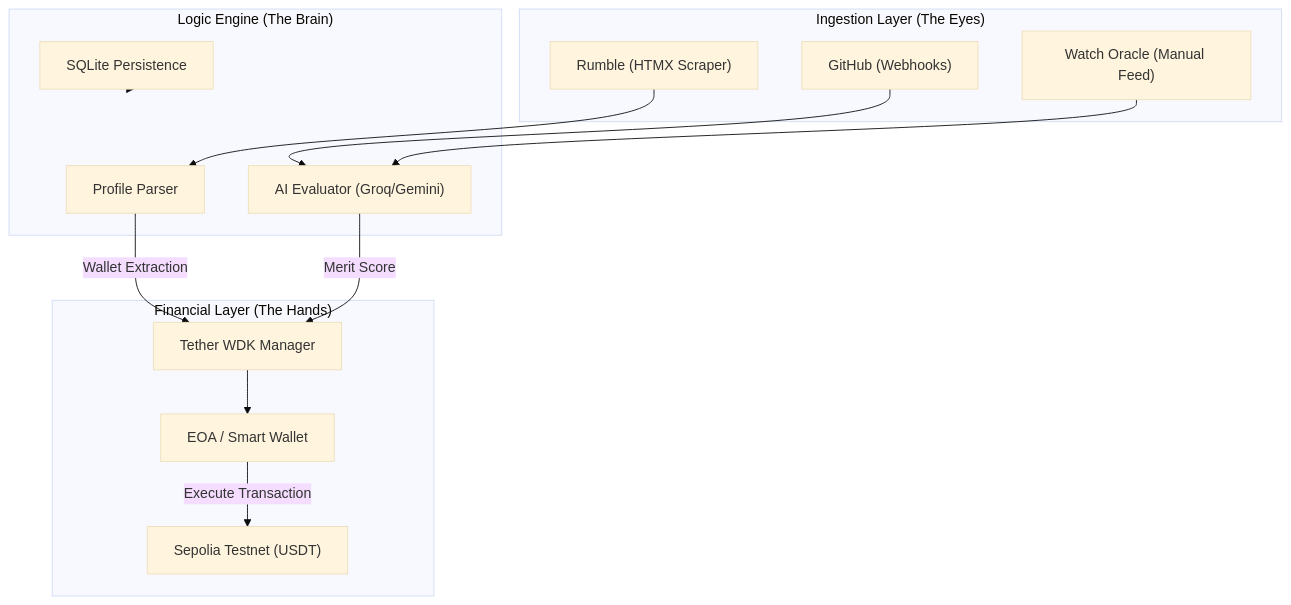
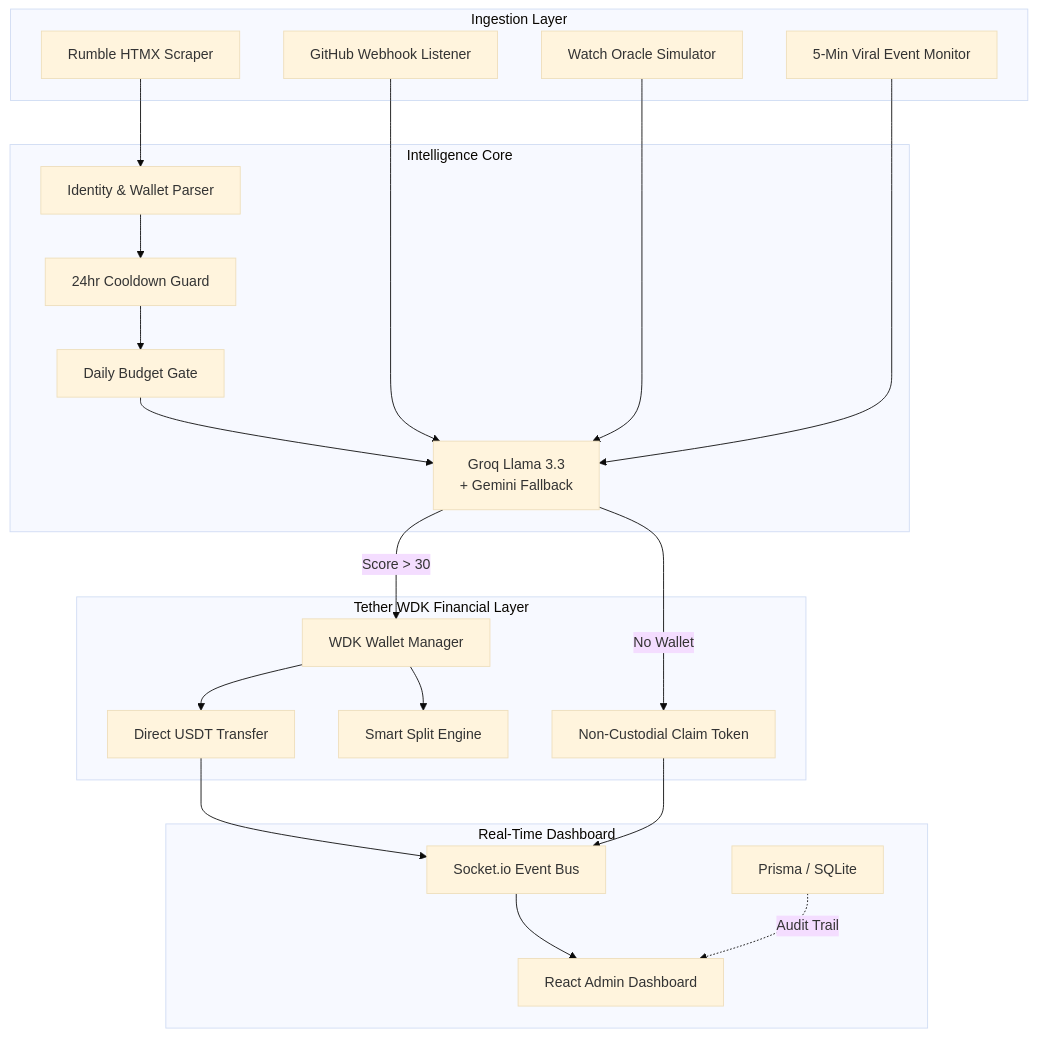
The third of 3 diagrams in README.md (Shyamistic/KARMA), drawn with Mermaid (base theme) before and after one commit. The commit also changed other lines of this file, not shown here.

````diff
--- a/README.md
+++ b/README.md
@@ -26,29 +183,45 @@
 ```mermaid
 graph TD
-    subgraph Sources ["Ingestion Layer (The Eyes)"]
-        Rumble["Rumble (HTMX Scraper)"]
-        GitHub["GitHub (Webhooks)"]
-        Oracle["Watch Oracle (Manual Feed)"]
+    subgraph Sources ["Ingestion Layer"]
+        RumbleScraper["Rumble HTMX Scraper"]
+        GitHubWebhook["GitHub Webhook Listener"]
+        WatchOracle["Watch Oracle Simulator"]
+        FastLoop["5-Min Viral Event Monitor"]
     end
 
-    subgraph Core ["Logic Engine (The Brain)"]
-        Parser["Profile Parser"]
-        Evaluator["AI Evaluator (Groq/Gemini)"]
-        Persistence["SQLite Persistence"]
+    subgraph Core ["Intelligence Core"]
+        Parser["Identity & Wallet Parser"]
+        Evaluator["Groq Llama 3.3\n+ Gemini Fallback"]
+        CooldownCheck["24hr Cooldown Guard"]
+        BudgetCheck["Daily Budget Gate"]
     end
 
-    subgraph Payout ["Financial Layer (The Hands)"]
-        WDK["Tether WDK Manager"]
-        Wallet["EOA / Smart Wallet"]
-        Chain["Sepolia Testnet (USDT)"]
+    subgraph Financial ["Tether WDK Financial Layer"]
+        WDKManager["WDK Wallet Manager"]
+        DirectTransfer["Direct USDT Transfer"]
+        ClaimFlow["Non-Custodial Claim Token"]
+        SmartSplit["Smart Split Engine"]
     end
 
-    Rumble --> Parser
-    GitHub --> Evaluator
-    Oracle --> Evaluator
-    Parser -->|Wallet Extraction| WDK
-    Evaluator -->|Merit Score| WDK
-    WDK --> Wallet
-    Wallet -->|Execute Transaction| Chain
-    Persistence -.-> Core
+    subgraph Observability ["Real-Time Dashboard"]
+        SocketIO["Socket.io Event Bus"]
+        React["React Admin Dashboard"]
+        SQLite["Prisma / SQLite"]
+    end
+
+    RumbleScraper --> Parser
+    GitHubWebhook --> Evaluator
+    WatchOracle --> Evaluator
+    FastLoop --> Evaluator
+    Parser --> CooldownCheck
+    CooldownCheck --> BudgetCheck
+    BudgetCheck --> Evaluator
+    Evaluator -->|Score > 30| WDKManager
+    Evaluator -->|No Wallet| ClaimFlow
+    WDKManager --> DirectTransfer
+    WDKManager --> SmartSplit
+    DirectTransfer --> SocketIO
+    ClaimFlow --> SocketIO
+    SocketIO --> React
+    SQLite -.->|Audit Trail| React
 ```
````
